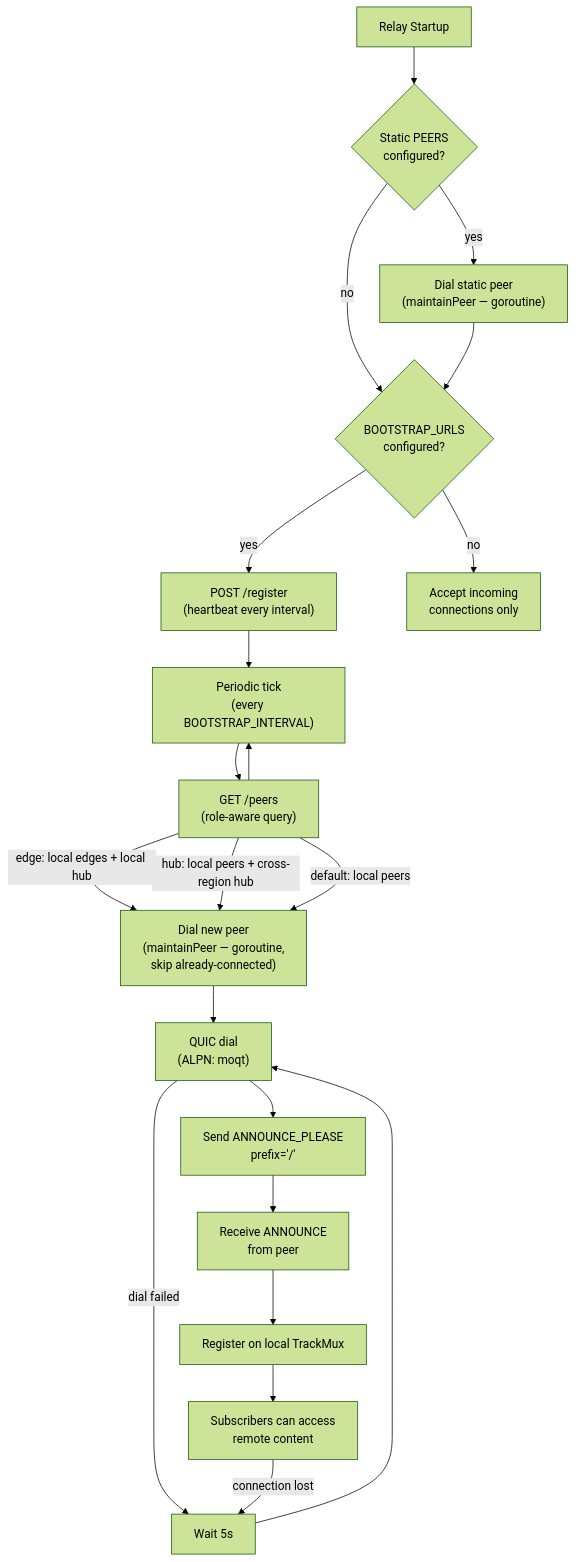
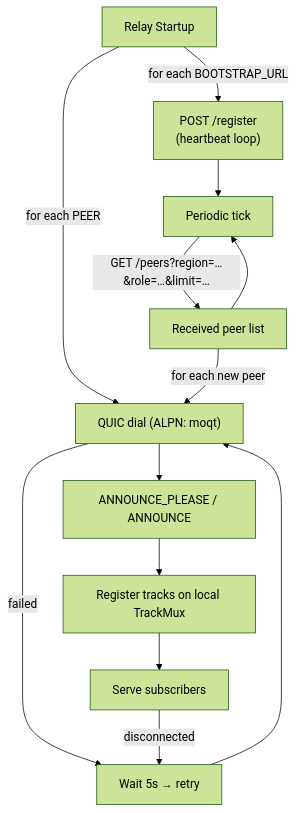
The second of 2 diagrams in README.md (okdaichi/qumo), drawn with Mermaid (forest theme) before and after one commit. The commit also changed other lines of this file, not shown here.

Commit message:
docs: update peer discovery section in README for clarity and detail

````diff
--- a/README.md
+++ b/README.md
@@ -90,27 +97,20 @@
 ```mermaid
 graph TD
-    Start["Relay Startup"] --> Static{"Static PEERS<br/>configured?"}
-    Static -->|yes| DialStatic["Dial static peer<br/>(maintainPeer — goroutine)"]
-    Static -->|no| BS{"BOOTSTRAP_URLS<br/>configured?"}
-    DialStatic --> BS
+    Start["Relay Startup"]
 
-    BS -->|yes| Register["POST /register<br/>(heartbeat every interval)"]
-    Register --> Tick["Periodic tick<br/>(every BOOTSTRAP_INTERVAL)"]
-    Tick --> Discover["GET /peers<br/>(role-aware query)"]
-    Discover -->|"edge: local edges + local hub"| DialDynamic
-    Discover -->|"hub: local peers + cross-region hub"| DialDynamic
-    Discover -->|"default: local peers"| DialDynamic
-    Discover --> Tick
+    Start -->|"for each PEER"| ALPN
+    Start -->|"for each BOOTSTRAP_URL"| Register["POST /register\n(heartbeat loop)"]
 
-    DialDynamic["Dial new peer<br/>(maintainPeer — goroutine,<br/>skip already-connected)"] --> ALPN["QUIC dial<br/>(ALPN: moqt)"]
-    ALPN --> Announce["Send ANNOUNCE_PLEASE<br/>prefix='/'"]
-    Announce --> Receive["Receive ANNOUNCE<br/>from peer"]
-    Receive --> TrackMux["Register on local TrackMux"]
-    TrackMux --> Serve["Subscribers can access<br/>remote content"]
+    Register --> Tick["Periodic tick"]
+    Tick -->|"GET /peers?region=…&role=…&limit=…"| FetchPeers["Received peer list"]
+    FetchPeers -->|"for each new peer"| ALPN
+    FetchPeers --> Tick
 
-    ALPN -->|"dial failed"| Retry["Wait 5s"]
-    Serve -->|"connection lost"| Retry
+    ALPN["QUIC dial (ALPN: moqt)"] --> Announce["ANNOUNCE_PLEASE / ANNOUNCE"]
+    Announce --> TrackMux["Register tracks on local TrackMux"]
+    TrackMux --> Serve["Serve subscribers"]
+
+    ALPN -->|"failed"| Retry["Wait 5s → retry"]
+    Serve -->|"disconnected"| Retry
     Retry --> ALPN
-
-    BS -->|no| Idle["Accept incoming<br/>connections only"]
 ```
````
